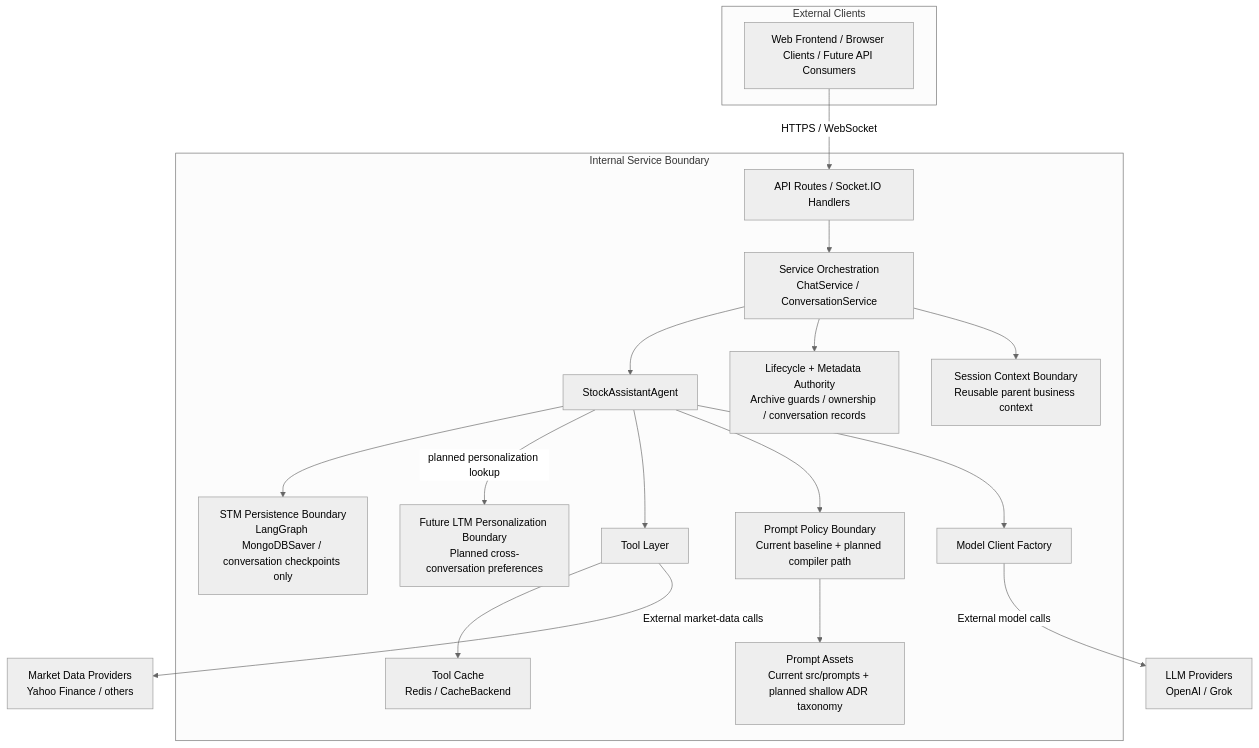
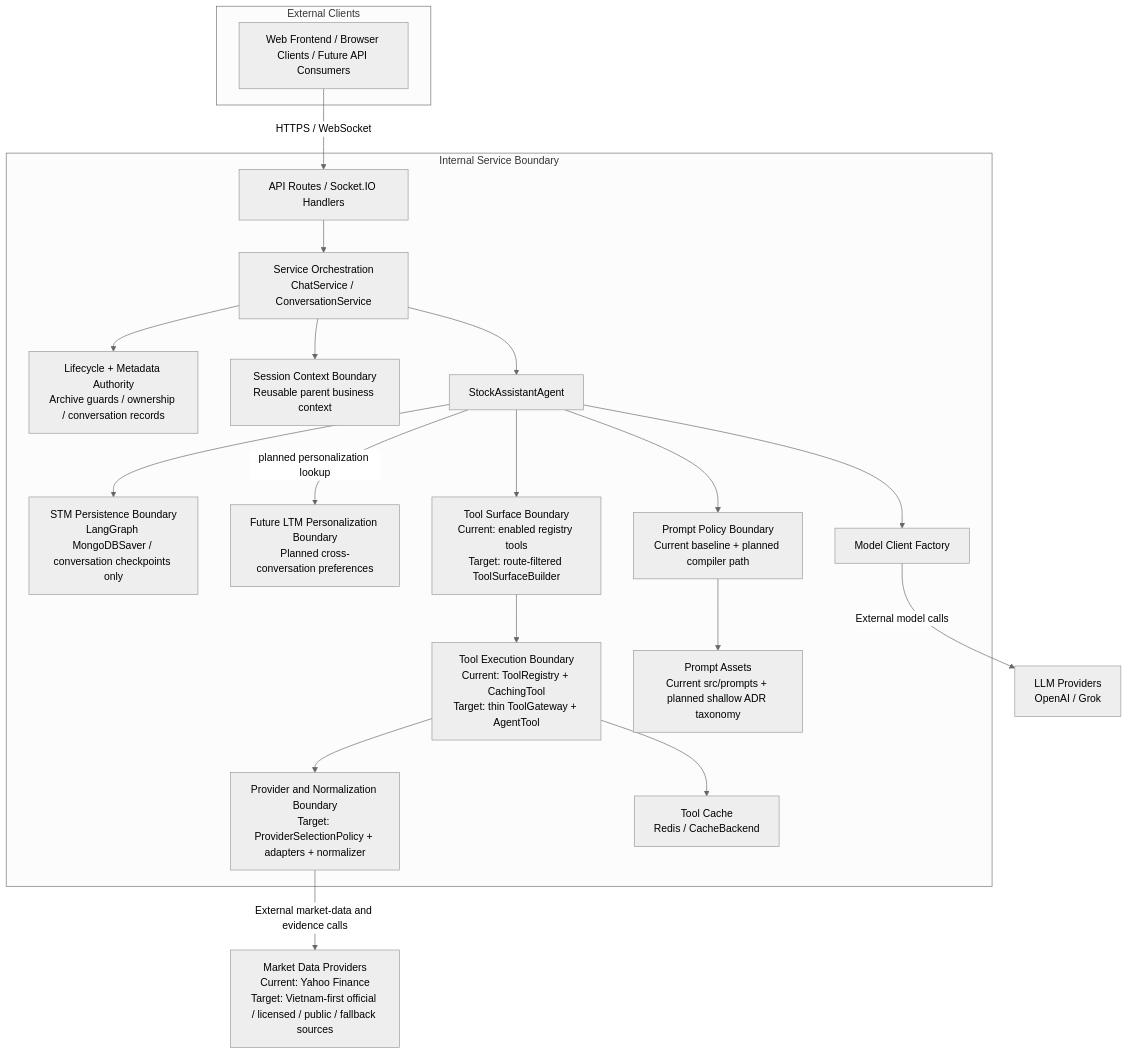
One commit to d-dragon/dp-stock-investment-assistant changed the first of 18 diagrams in docs/domains/agent/ARCHITECTURE_DESIGN.md. Above: the diagram before and after it, drawn with Mermaid (neutral theme). The commit also changed other lines of this file and 5 other files, not shown here.

First line of the commit message:
docs(agent): formalize the Phase 2B tool-system decision and propagate its architecture and traceability across the agent domain docs.

````diff
--- a/docs/domains/agent/ARCHITECTURE_DESIGN.md
+++ b/docs/domains/agent/ARCHITECTURE_DESIGN.md
@@ -195,38 +197,42 @@
 ```mermaid
 flowchart TD
   subgraph ExternalClients["External Clients"]
     Client["Web Frontend / Browser Clients / Future API Consumers"]
   end
 
   subgraph InternalBoundary["Internal Service Boundary"]
     Entry["API Routes / Socket.IO Handlers"]
     Service["Service Orchestration\nChatService / ConversationService"]
     Lifecycle["Lifecycle + Metadata Authority\nArchive guards / ownership / conversation records"]
     SessionContext["Session Context Boundary\nReusable parent business context"]
     Agent["StockAssistantAgent"]
     Checkpoint["STM Persistence Boundary\nLangGraph MongoDBSaver / conversation checkpoints only"]
     FutureLTM["Future LTM Personalization Boundary\nPlanned cross-conversation preferences"]
-    ToolLayer["Tool Layer"]
+    ToolSurface["Tool Surface Boundary\nCurrent: enabled registry tools\nTarget: route-filtered ToolSurfaceBuilder"]
+    ToolGateway["Tool Execution Boundary\nCurrent: ToolRegistry + CachingTool\nTarget: thin ToolGateway + AgentTool"]
+    ProviderPolicy["Provider and Normalization Boundary\nTarget: ProviderSelectionPolicy + adapters + normalizer"]
     Redis["Tool Cache\nRedis / CacheBackend"]
     PromptSystem["Prompt Policy Boundary\nCurrent baseline + planned compiler path"]
     PromptAssets["Prompt Assets\nCurrent src/prompts + planned shallow ADR taxonomy"]
     ModelFactory["Model Client Factory"]
   end
 
   LLM["LLM Providers\nOpenAI / Grok"]
-  Market["Market Data Providers\nYahoo Finance / others"]
+  Market["Market Data Providers\nCurrent: Yahoo Finance\nTarget: Vietnam-first official / licensed / public / fallback sources"]
 
   Client -->|"HTTPS / WebSocket"| Entry
   Entry --> Service --> Agent
   Service --> Lifecycle
   Service --> SessionContext
   Agent --> Checkpoint
   Agent -->|"planned personalization lookup"| FutureLTM
-  Agent --> ToolLayer
-  ToolLayer --> Redis
+  Agent --> ToolSurface
+  ToolSurface --> ToolGateway
+  ToolGateway --> Redis
+  ToolGateway --> ProviderPolicy
   Agent --> PromptSystem
   PromptSystem --> PromptAssets
   Agent --> ModelFactory
   ModelFactory -->|"External model calls"| LLM
-  ToolLayer -->|"External market-data calls"| Market
+  ProviderPolicy -->|"External market-data and evidence calls"| Market
 ```
````
